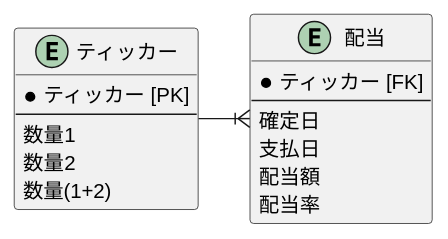
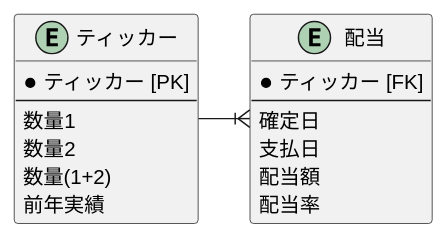
Before and after one commit to of3jlmssoo/djangorest-simple-app: the first of 5 diagrams in client/docs/readme.md, drawn with PlantUML. The commit also changed other lines of this file and 1 other file, not shown here.

````diff
--- a/client/docs/readme.md
+++ b/client/docs/readme.md
@@ -5,24 +5,22 @@
 ```plantuml
 @startuml
 entity "ティッカー" as ticker {
   * ティッカー [PK]
   --
   数量1
   数量2
   数量(1+2)
+  前年実績
 }
 entity "配当" as dividend {
   * ティッカー [FK]
   --
   確定日
   支払日
   配当額
   配当率
 }
 ticker -|{ dividend
-
-
-
 ' - --で並びが変わる
 @enduml
 ```
````
